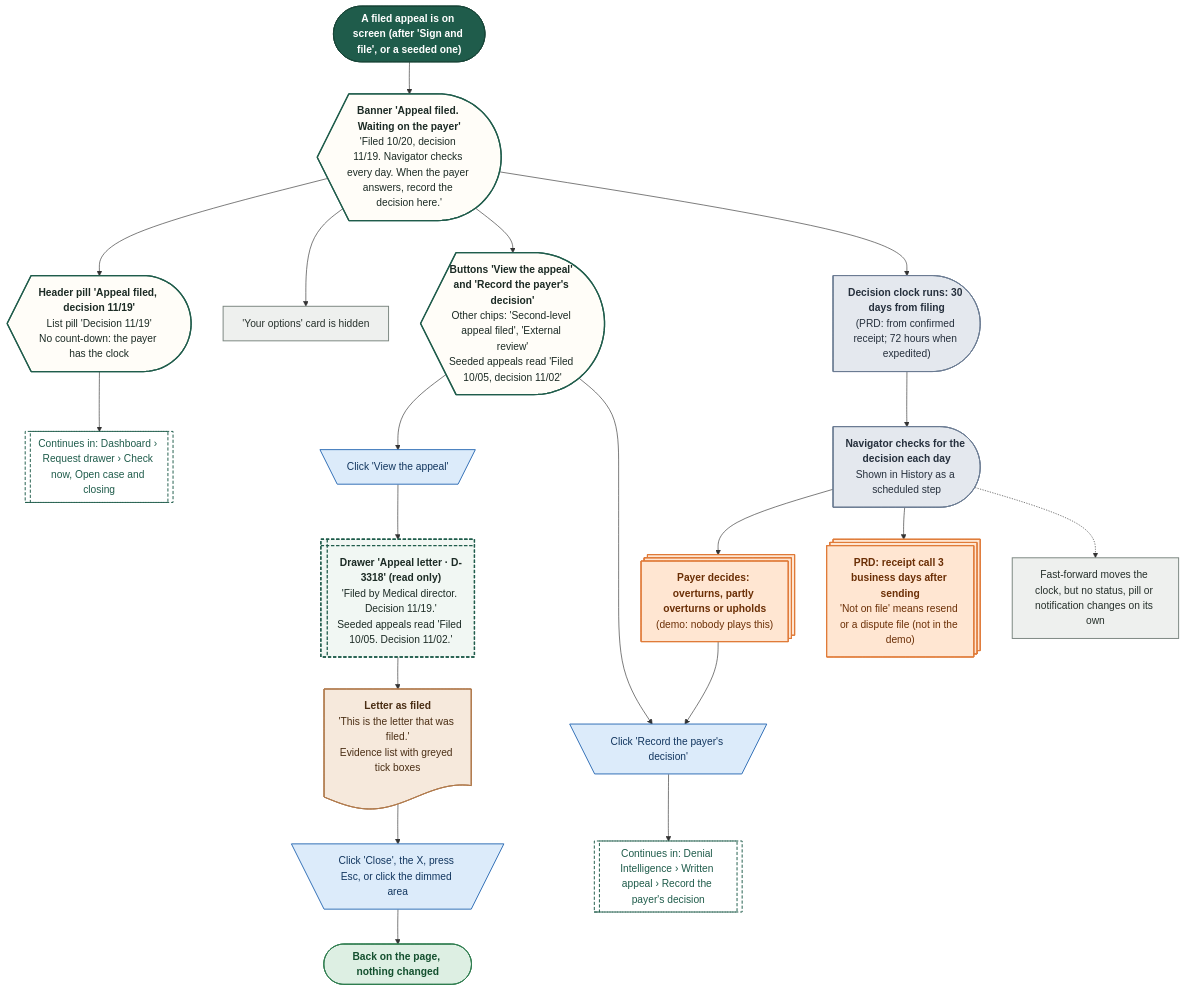
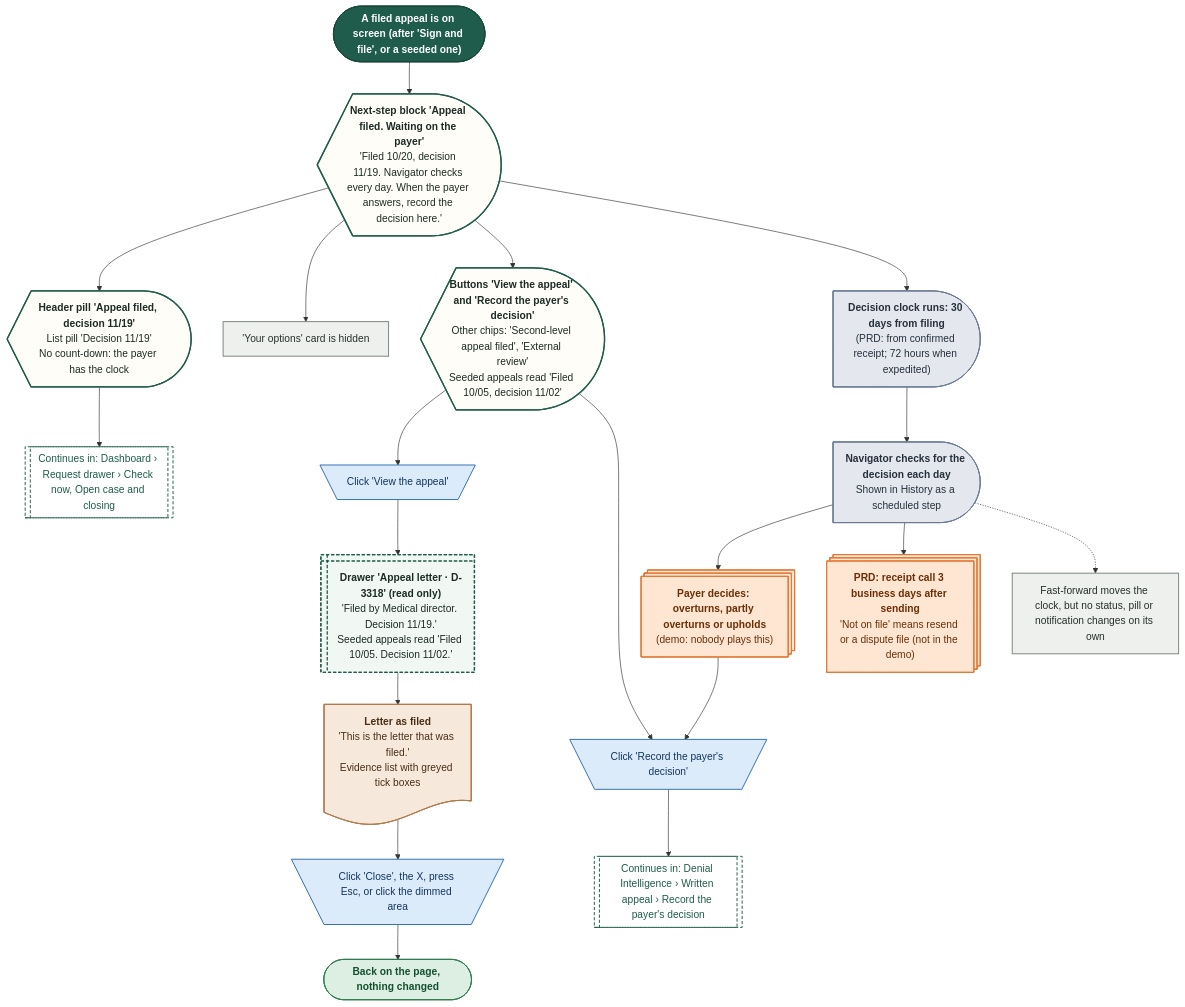
Before and after one commit to Shrav143/psyfloapp: diagram 19 of 27 in demos/prior-auth-demo/workflows/out/md/06-denials.md, drawn with Mermaid. The commit also changed other lines of this file and 192 other files, not shown here.

First line of the commit message:
docs: changelog by sidebar tab; README, diagrams and Settings layout aligned with the refinement; shared InfoTip; referral cost-share line

````diff
--- a/demos/prior-auth-demo/workflows/out/md/06-denials.md
+++ b/demos/prior-auth-demo/workflows/out/md/06-denials.md
@@ -1306,58 +1493,58 @@
 ```mermaid
 %%{init: {"theme":"base","themeVariables":{"fontFamily":"'DM Sans', 'Segoe UI', system-ui, sans-serif","fontSize":"15px","lineColor":"#5B6B63","primaryTextColor":"#1C2B25","clusterBkg":"#FBF8F3","clusterBorder":"#D9CDBB","edgeLabelBackground":"#FFFFFF"},"flowchart":{"curve":"basis","nodeSpacing":36,"rankSpacing":48,"padding":12,"htmlLabels":true,"useMaxWidth":false,"wrappingWidth":230}} }%%
 flowchart TD
   classDef k_start fill:#1F5C4B,stroke:#174638,color:#FFFFFF,stroke-width:1.5px,font-weight:600
   classDef k_end fill:#DDEFE3,stroke:#2E7D4F,color:#14502F,stroke-width:1.5px,font-weight:600
   classDef k_endx fill:#FBE3E0,stroke:#C0392B,color:#7A1F16,stroke-width:1.5px,font-weight:600
   classDef k_screen fill:#FFFDF8,stroke:#1F5C4B,color:#1C2B25,stroke-width:2px
   classDef k_overlay fill:#F1F7F3,stroke:#1F5C4B,color:#1C2B25,stroke-width:2px,stroke-dasharray:5 3
   classDef k_click fill:#DCEBFA,stroke:#2F6DB5,color:#12365F,stroke-width:1.5px
   classDef k_input fill:#E4E7FF,stroke:#4C5FD5,color:#1D2670,stroke-width:1.5px
   classDef k_process fill:#EEF0EE,stroke:#7A857F,color:#26302B,stroke-width:1.5px
   classDef k_agent fill:#EEE5FA,stroke:#7A4FC2,color:#341A63,stroke-width:1.5px
   classDef k_decision fill:#FFF0CC,stroke:#D9962B,color:#5C3B00,stroke-width:1.5px
   classDef k_store fill:#D5F0EA,stroke:#1C8E7B,color:#0B4A3F,stroke-width:1.5px
   classDef k_doc fill:#F6E9DC,stroke:#B07A4C,color:#4A2E14,stroke-width:1.5px
   classDef k_ext fill:#FFE6D2,stroke:#E07B39,color:#6B2F06,stroke-width:1.5px
   classDef k_wait fill:#E4E8EE,stroke:#6B7C93,color:#26303D,stroke-width:1.5px
   classDef k_toast fill:#FFF9DB,stroke:#C9A400,color:#5A4A00,stroke-width:1.5px
   classDef k_goto fill:#FFFFFF,stroke:#1F5C4B,color:#1F5C4B,stroke-width:1.5px,stroke-dasharray:5 3
   s1@{ shape: stadium, label: "A filed appeal is on screen (after 'Sign and file', or a seeded one)" }
-  b1@{ shape: curv-trap, label: "<b>Banner 'Appeal filed. Waiting on the payer'</b><br/>'Filed 10/20, decision 11/19. Navigator checks every day. When the payer answers, record the decision here.'" }
+  b1@{ shape: curv-trap, label: "<b>Next-step block 'Appeal filed. Waiting on the payer'</b><br/>'Filed 10/20, decision 11/19. Navigator checks every day. When the payer answers, record the decision here.'" }
   b2@{ shape: curv-trap, label: "<b>Buttons 'View the appeal' and 'Record the payer's decision'</b><br/>Other chips: 'Second-level appeal filed', 'External review'<br/>Seeded appeals read 'Filed 10/05, decision 11/02'" }
   h1@{ shape: curv-trap, label: "<b>Header pill 'Appeal filed, decision 11/19'</b><br/>List pill 'Decision 11/19'<br/>No count-down: the payer has the clock" }
   p0@{ shape: rect, label: "'Your options' card is hidden" }
   c1@{ shape: trap-t, label: "Click 'View the appeal'" }
   o1@{ shape: win-pane, label: "<b>Drawer 'Appeal letter · D-3318' (read only)</b><br/>'Filed by Medical director. Decision 11/19.'<br/>Seeded appeals read 'Filed 10/05. Decision 11/02.'" }
   dc1@{ shape: doc, label: "<b>Letter as filed</b><br/>'This is the letter that was filed.'<br/>Evidence list with greyed tick boxes" }
   c2@{ shape: trap-t, label: "Click 'Close', the X, press Esc, or click the dimmed area" }
   w1@{ shape: delay, label: "<b>Decision clock runs: 30 days from filing</b><br/>(PRD: from confirmed receipt; 72 hours when expedited)" }
   w2@{ shape: delay, label: "<b>Navigator checks for the decision each day</b><br/>Shown in History as a scheduled step" }
   x1@{ shape: st-rect, label: "<b>PRD: receipt call 3 business days after sending</b><br/>'Not on file' means resend or a dispute file (not in the demo)" }
   p1@{ shape: rect, label: "Fast-forward moves the clock, but no status, pill or notification changes on its own" }
   x2@{ shape: st-rect, label: "<b>Payer decides: overturns, partly overturns or upholds</b><br/>(demo: nobody plays this)" }
   c3@{ shape: trap-t, label: "Click 'Record the payer's decision'" }
   e3@{ shape: stadium, label: "Back on the page, nothing changed" }
   g1@{ shape: subproc, label: "Continues in: Dashboard › Request drawer › Check now, Open case and closing" }
   g2@{ shape: subproc, label: "Continues in: Denial Intelligence › Written appeal › Record the payer's decision" }
   s1 --> b1 --> h1
   b1 --> p0
   b1 --> b2
   b2 --> c1 --> o1 --> dc1 --> c2 --> e3
   b1 --> w1 --> w2 --> x2
   w2 --> x1
   w2 -.-> p1
   x2 --> c3
   b2 --> c3 --> g2
   h1 --> g1
   class s1 k_start
   class b1,b2,h1 k_screen
   class p0,p1 k_process
   class c1,c2,c3 k_click
   class o1 k_overlay
   class dc1 k_doc
   class w1,w2 k_wait
   class x1,x2 k_ext
   class e3 k_end
   class g1,g2 k_goto
 ```
````
